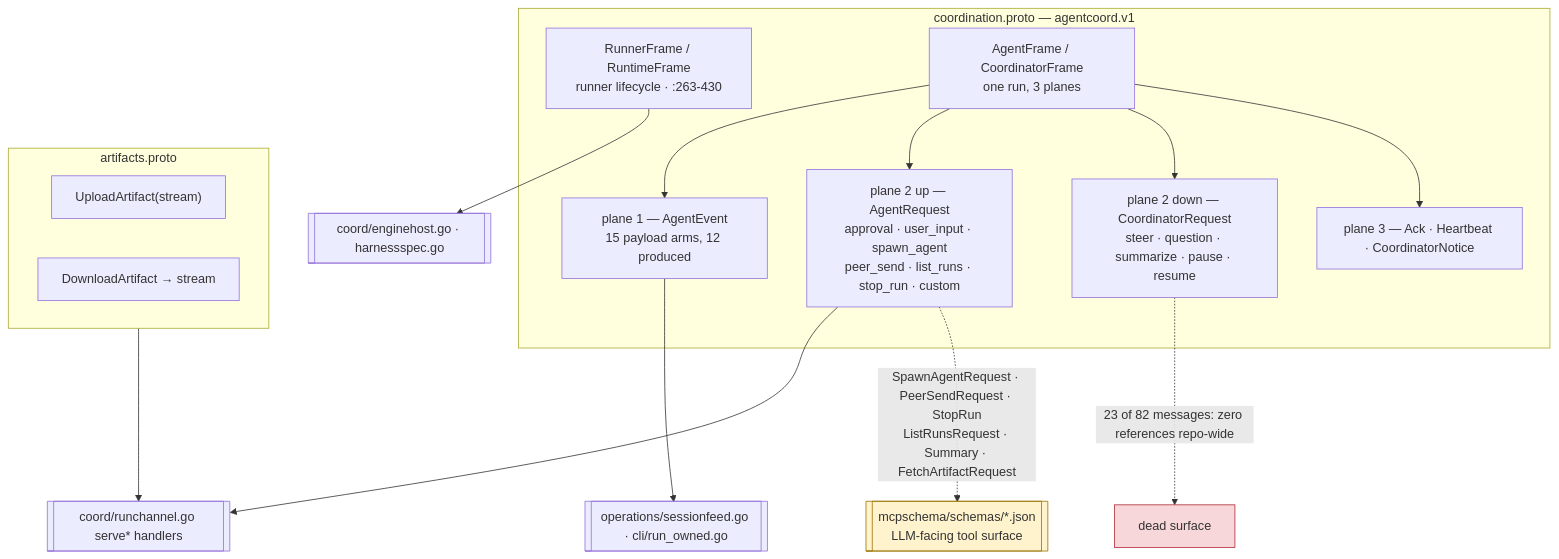
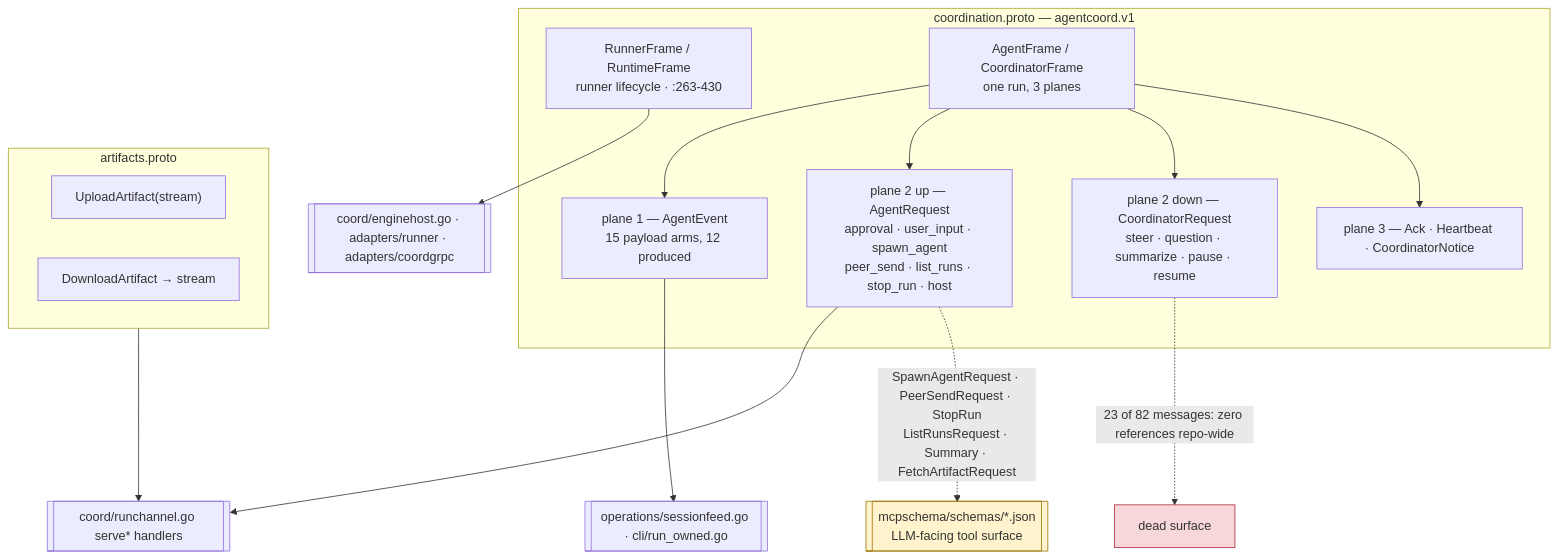
The diagram in docs/architecture/agentcoord/wire-contract.md (ctxloom/ctxloom), drawn with Mermaid before and after one commit. The commit also changed other lines of this file and 5 other files, not shown here.

First line of the commit message:
docs(architecture): the landed launch wire and runner in §1.1, §1.7, §2.1, §2.2 and the agentcoord graphs

````diff
--- a/docs/architecture/agentcoord/wire-contract.md
+++ b/docs/architecture/agentcoord/wire-contract.md
@@ -15,28 +15,28 @@
 ```mermaid
 flowchart TD
   subgraph Wire["coordination.proto — agentcoord.v1"]
     RF["RunnerFrame / RuntimeFrame<br/>runner lifecycle · :263-430"]
     AF["AgentFrame / CoordinatorFrame<br/>one run, 3 planes"]
     P1["plane 1 — AgentEvent<br/>15 payload arms, 12 produced"]
-    P2U["plane 2 up — AgentRequest<br/>approval · user_input · spawn_agent<br/>peer_send · list_runs · stop_run · custom"]
+    P2U["plane 2 up — AgentRequest<br/>approval · user_input · spawn_agent<br/>peer_send · list_runs · stop_run · host"]
     P2D["plane 2 down — CoordinatorRequest<br/>steer · question · summarize · pause · resume"]
     P3["plane 3 — Ack · Heartbeat · CoordinatorNotice"]
     AF --> P1 & P2U & P2D & P3
   end
   subgraph Art["artifacts.proto"]
     UP["UploadArtifact(stream)"]
     DL["DownloadArtifact → stream"]
   end
   MCP[["mcpschema/schemas/*.json<br/>LLM-facing tool surface"]]
   COORD[["coord/runchannel.go serve* handlers"]]
-  RUNNER[["coord/enginehost.go · harnessspec.go"]]
+  RUNNER[["coord/enginehost.go · adapters/runner · adapters/coordgrpc"]]
   VIEW[["operations/sessionfeed.go · cli/run_owned.go"]]
   P2U --> COORD
   P1 --> VIEW
   RF --> RUNNER
   Art --> COORD
   P2U -. "SpawnAgentRequest · PeerSendRequest · StopRun<br/>ListRunsRequest · Summary · FetchArtifactRequest" .-> MCP
   P2D -. "23 of 82 messages: zero references repo-wide" .-> DEAD["dead surface"]
   style DEAD fill:#f8d7da,stroke:#b02a37
   style MCP fill:#fff3cd,stroke:#997404
 ```
````
